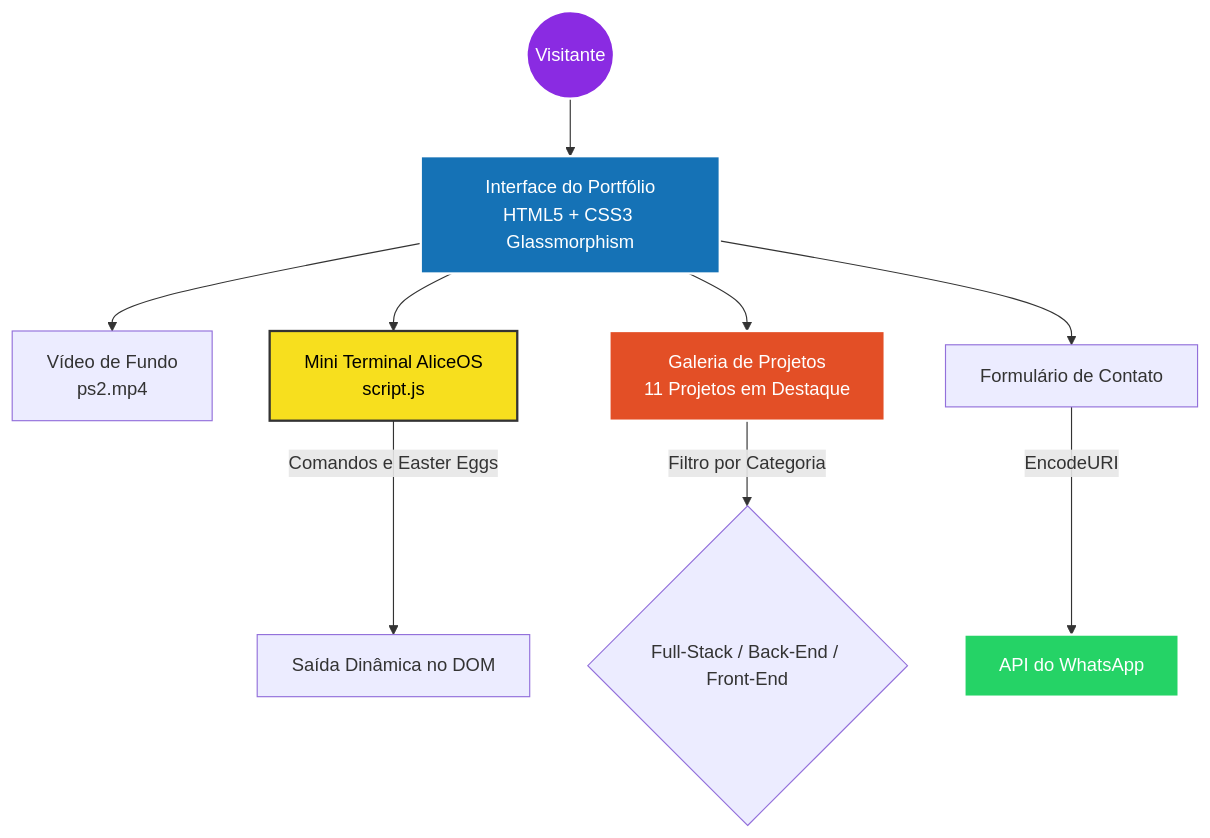
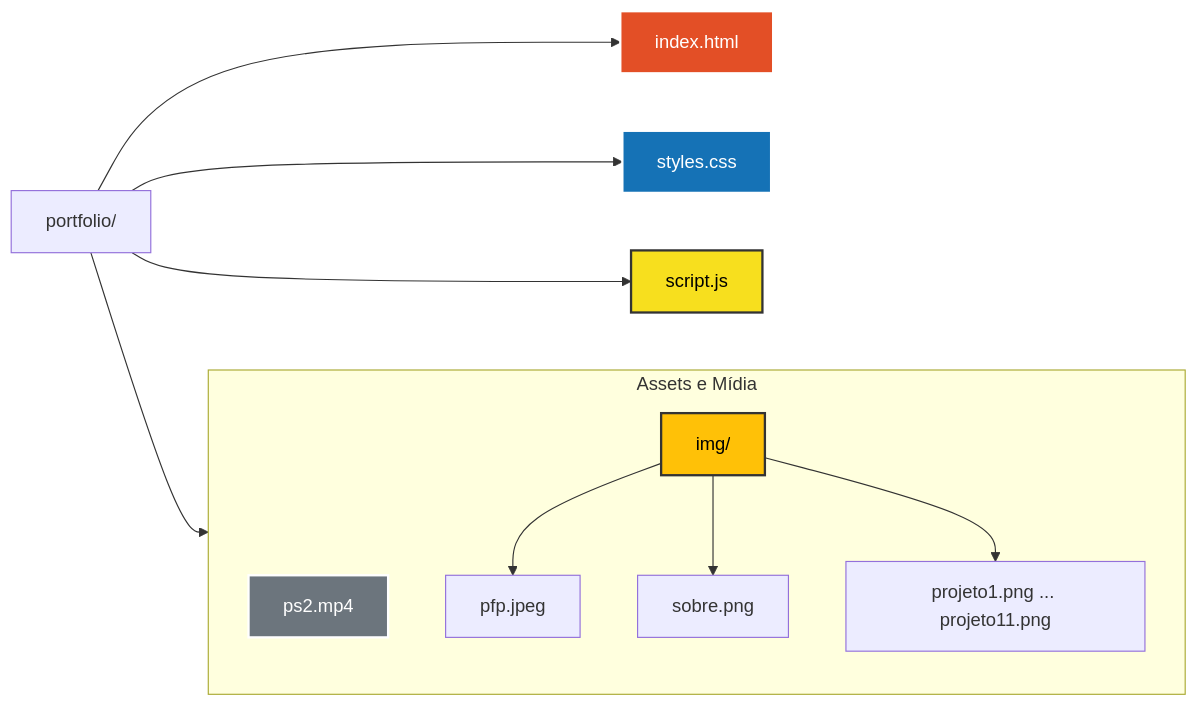
Before and after one commit to AliceSilva2012/portfolio: the diagram in README.md, drawn with Mermaid.

Commit message:
Update file structure diagram in README

````diff
--- a/README.md
+++ b/README.md
@@ -76,19 +76,20 @@
 ```mermaid
-flowchart TD
-    User((Visitante)) --> UI[Interface do Portfólio<br/>HTML5 + CSS3 Glassmorphism]
-    
-    UI --> BG[Vídeo de Fundo<br/>ps2.mp4]
-    UI --> Term[Mini Terminal AliceOS<br/>script.js]
-    UI --> Grid[Galeria de Projetos<br/>11 Projetos em Destaque]
-    UI --> Form[Formulário de Contato]
+graph LR
+    Root[portfolio/] --> HTML[index.html]
+    Root --> CSS[styles.css]
+    Root --> JS[script.js]
+    Root --> Media[Assets e Mídia]
 
-    Term -->|Comandos e Easter Eggs| Out[Saída Dinâmica no DOM]
-    Grid -->|Filtro por Categoria| Filter{Full-Stack / Back-End / Front-End}
-    Form -->|EncodeURI| WA[API do WhatsApp]
+    subgraph Media [Assets e Mídia]
+        Video[ps2.mp4]
+        ImgDir[img/] --> Pfp[pfp.jpeg]
+        ImgDir --> Sobre[sobre.png]
+        ImgDir --> Cards[projeto1.png ... projeto11.png]
+    end
 
-    style User fill:#8A2BE2,stroke:#fff,stroke-width:2px,color:#fff
-    style UI fill:#1572B6,stroke:#fff,stroke-width:2px,color:#fff
-    style Term fill:#F7DF1E,stroke:#333,stroke-width:2px,color:#000
-    style Grid fill:#E34F26,stroke:#fff,stroke-width:2px,color:#fff
-    style WA fill:#25D366,stroke:#fff,stroke-width:2px,color:#fff
+    style HTML fill:#e34f26,stroke:#fff,stroke-width:2px,color:#fff
+    style CSS fill:#1572b6,stroke:#fff,stroke-width:2px,color:#fff
+    style JS fill:#f7df1e,stroke:#333,stroke-width:2px,color:#000
+    style Video fill:#6c757d,stroke:#fff,stroke-width:2px,color:#fff
+    style ImgDir fill:#ffc107,stroke:#333,stroke-width:2px,color:#000
 ```
````
